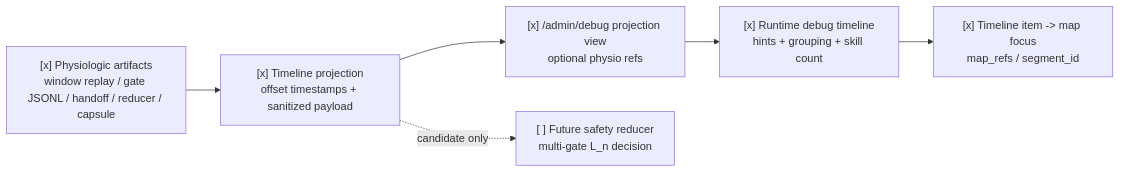
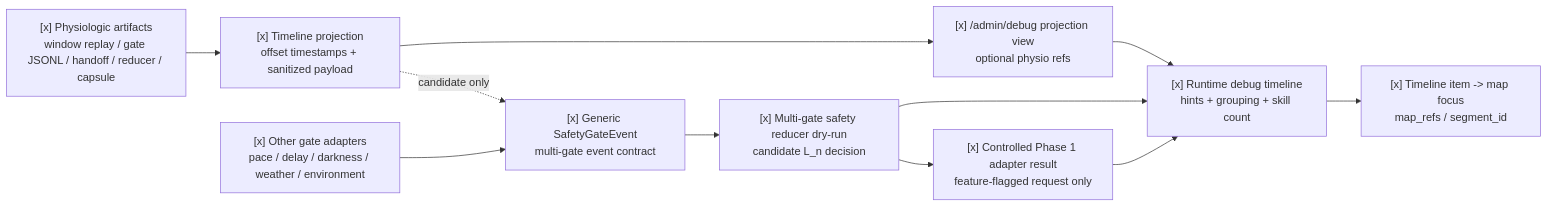
One commit to alexwang0315/Scout changed the second of 3 diagrams in docs/specs/scout-runtime-physiologic-gate.md. Above: the diagram before and after it, drawn with Mermaid. The commit also changed other lines of this file and 13 other files, not shown here.

Commit message:
feat: add runtime multi-gate safety reducer dry-run

````diff
--- a/docs/specs/scout-runtime-physiologic-gate.md
+++ b/docs/specs/scout-runtime-physiologic-gate.md
@@ -147,12 +147,20 @@
 ```mermaid
 flowchart LR
   Artifacts["[x] Physiologic artifacts<br/>window replay / gate JSONL / handoff / reducer / capsule"]
   Projection["[x] Timeline projection<br/>offset timestamps + sanitized payload"]
   DebugView["[x] /admin/debug projection view<br/>optional physio refs"]
   TimelineUI["[x] Runtime debug timeline<br/>hints + grouping + skill count"]
   MapFocus["[x] Timeline item -> map focus<br/>map_refs / segment_id"]
-  SafetyReducer["[ ] Future safety reducer<br/>multi-gate L_n decision"]
+  GenericEvent["[x] Generic SafetyGateEvent<br/>multi-gate event contract"]
+  Adapters["[x] Other gate adapters<br/>pace / delay / darkness / weather / environment"]
+  SafetyReducer["[x] Multi-gate safety reducer dry-run<br/>candidate L_n decision"]
+  Phase1Adapter["[x] Controlled Phase 1 adapter result<br/>feature-flagged request only"]
 
   Artifacts --> Projection --> DebugView --> TimelineUI --> MapFocus
-  Projection -. candidate only .-> SafetyReducer
+  Projection -. candidate only .-> GenericEvent
+  GenericEvent --> SafetyReducer
+  Adapters --> GenericEvent
+  SafetyReducer --> Phase1Adapter
+  SafetyReducer --> TimelineUI
+  Phase1Adapter --> TimelineUI
 ```
````
